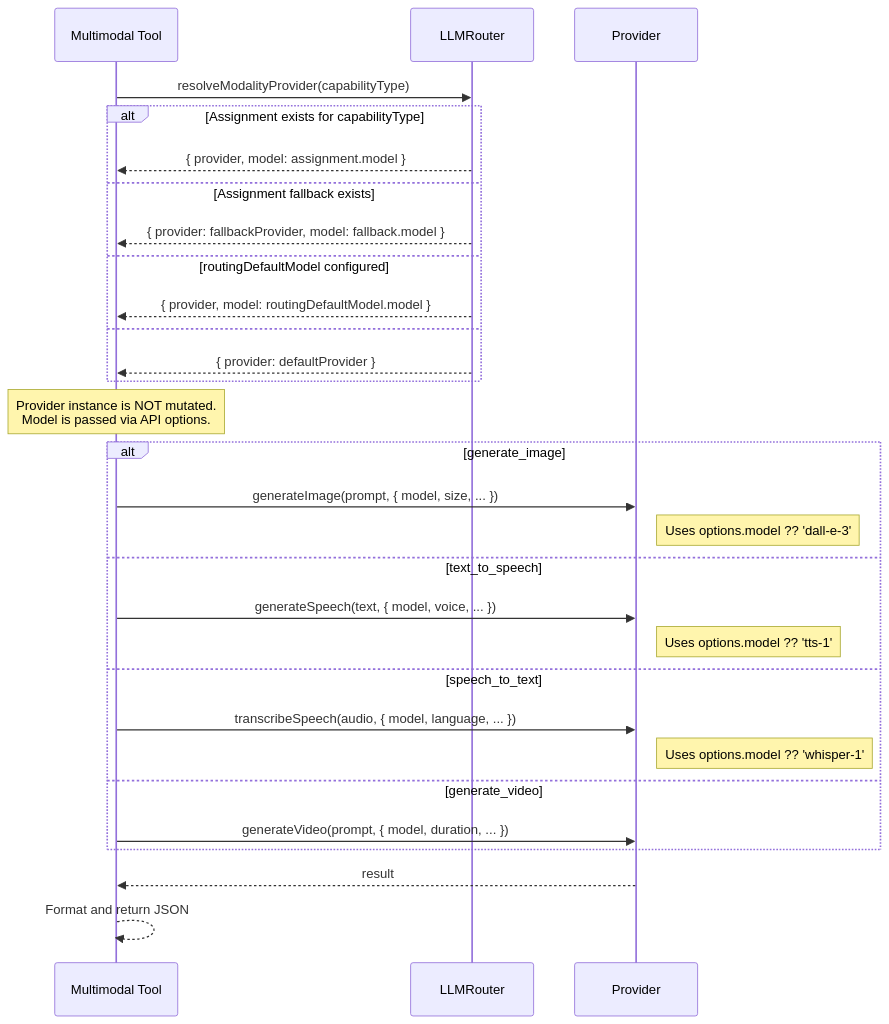
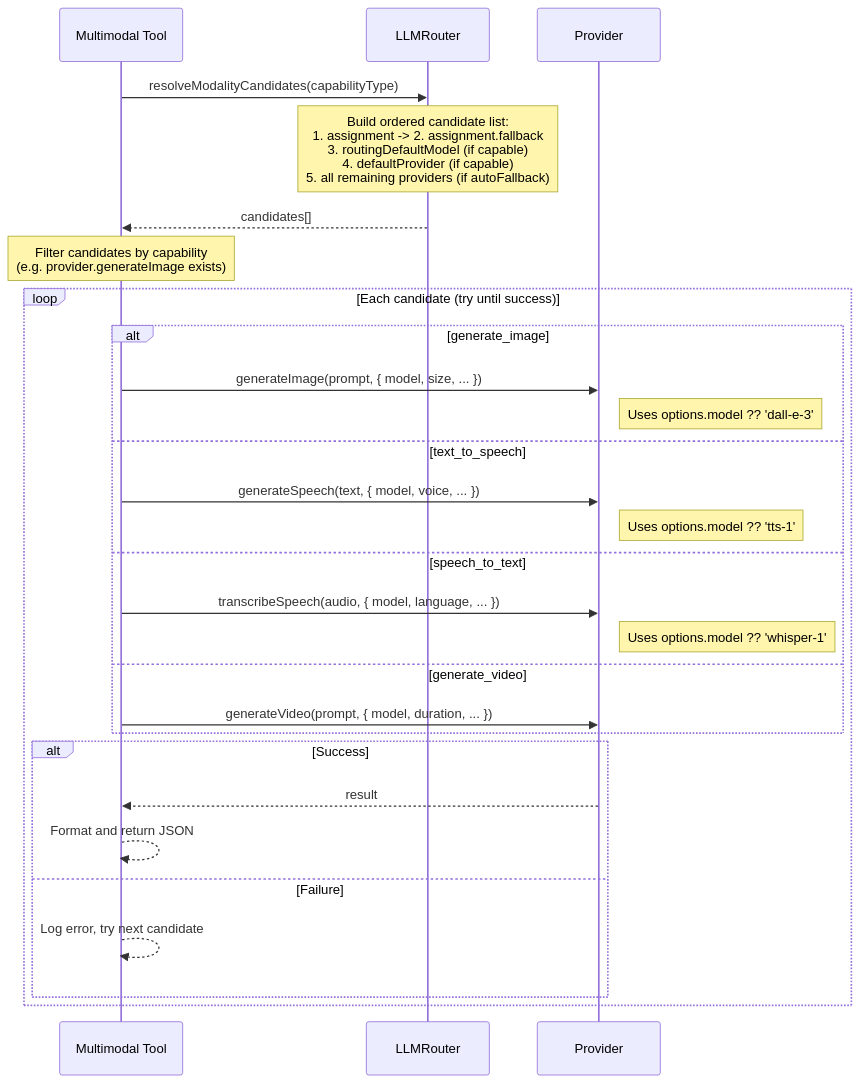
One commit to markus-global/markus changed the second of 3 diagrams in docs/model-routing-architecture.md. Above: the diagram before and after it, drawn with Mermaid. The commit also changed other lines of this file and 2 other files, not shown here.

````diff
--- a/docs/model-routing-architecture.md
+++ b/docs/model-routing-architecture.md
@@ -135,36 +145,35 @@
 ```mermaid
 sequenceDiagram
     participant Tool as Multimodal Tool
     participant Router as LLMRouter
     participant Provider
 
-    Tool->>Router: resolveModalityProvider(capabilityType)
+    Tool->>Router: resolveModalityCandidates(capabilityType)
 
-    alt Assignment exists for capabilityType
-        Router-->>Tool: { provider, model: assignment.model }
-    else Assignment fallback exists
-        Router-->>Tool: { provider: fallbackProvider, model: fallback.model }
-    else routingDefaultModel configured
-        Router-->>Tool: { provider, model: routingDefaultModel.model }
-    else
-        Router-->>Tool: { provider: defaultProvider }
+    Note over Router: Build ordered candidate list:<br/>1. assignment -> 2. assignment.fallback<br/>3. routingDefaultModel (if capable)<br/>4. defaultProvider (if capable)<br/>5. all remaining providers (if autoFallback)
+    Router-->>Tool: candidates[]
+
+    Note over Tool: Filter candidates by capability<br/>(e.g. provider.generateImage exists)
+
+    loop Each candidate (try until success)
+        alt generate_image
+            Tool->>Provider: generateImage(prompt, { model, size, ... })
+            Note right of Provider: Uses options.model ?? 'dall-e-3'
+        else text_to_speech
+            Tool->>Provider: generateSpeech(text, { model, voice, ... })
+            Note right of Provider: Uses options.model ?? 'tts-1'
+        else speech_to_text
+            Tool->>Provider: transcribeSpeech(audio, { model, language, ... })
+            Note right of Provider: Uses options.model ?? 'whisper-1'
+        else generate_video
+            Tool->>Provider: generateVideo(prompt, { model, duration, ... })
+        end
+
+        alt Success
+            Provider-->>Tool: result
+            Tool-->>Tool: Format and return JSON
+        else Failure
+            Tool-->>Tool: Log error, try next candidate
+        end
     end
-
-    Note over Tool: Provider instance is NOT mutated.<br/>Model is passed via API options.
-
-    alt generate_image
-        Tool->>Provider: generateImage(prompt, { model, size, ... })
-        Note right of Provider: Uses options.model ?? 'dall-e-3'
-    else text_to_speech
-        Tool->>Provider: generateSpeech(text, { model, voice, ... })
-        Note right of Provider: Uses options.model ?? 'tts-1'
-    else speech_to_text
-        Tool->>Provider: transcribeSpeech(audio, { model, language, ... })
-        Note right of Provider: Uses options.model ?? 'whisper-1'
-    else generate_video
-        Tool->>Provider: generateVideo(prompt, { model, duration, ... })
-    end
-
-    Provider-->>Tool: result
-    Tool-->>Tool: Format and return JSON
 ```
````
